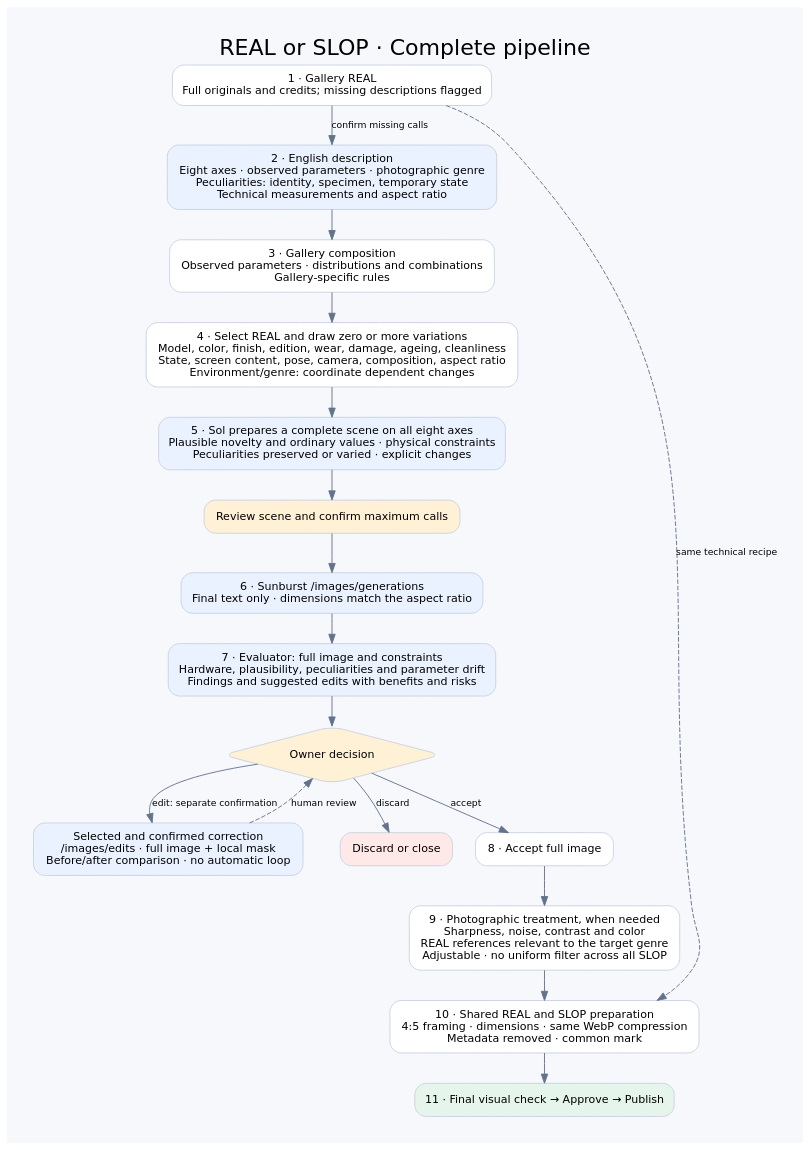
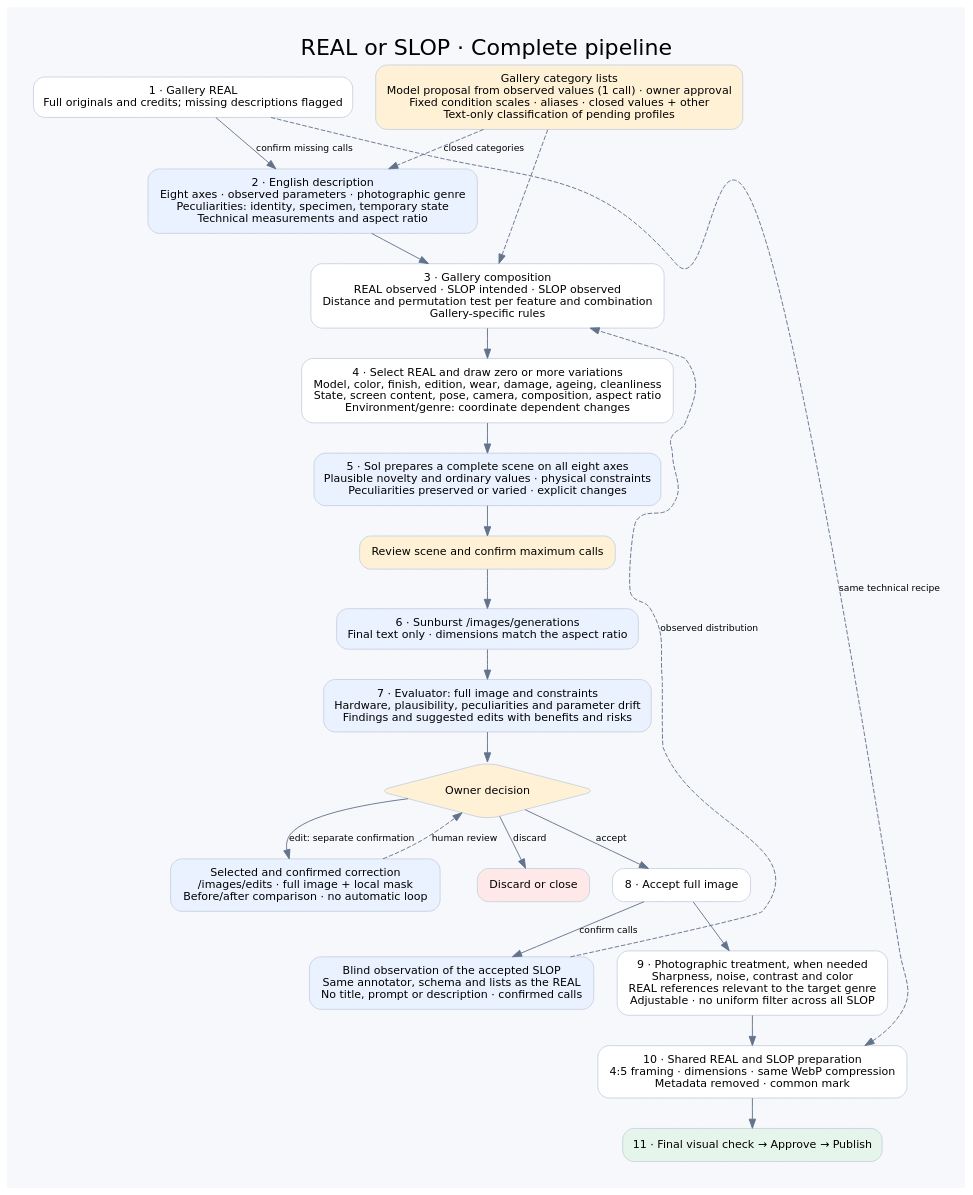
The diagram in docs/assets/pipeline-slop.dot (rickymusu-bit/real-or-slop), drawn with Graphviz before and after one commit. The commit also changed 21 other files, not shown here.

First line of the commit message:
Gallery category lists and observed REAL/SLOP comparison

```diff
--- a/docs/assets/pipeline-slop.dot
+++ b/docs/assets/pipeline-slop.dot
@@ -1,24 +1,28 @@
 digraph pipeline {
  graph [rankdir=TB,bgcolor="#f7f8fc",pad="0.4",nodesep="0.35",ranksep="0.45",fontname="DejaVu Sans",label="REAL or SLOP · Complete pipeline",labelloc=t,fontsize=24];
  node [shape=box,style="rounded,filled",fillcolor=white,color="#cad2e0",fontname="DejaVu Sans",fontsize=12,margin="0.18,0.12"];
  edge [color="#63738c",fontname="DejaVu Sans",fontsize=10];
  real [label="1 · Gallery REAL\nFull originals and credits; missing descriptions flagged"];
  describe [label="2 · English description\nEight axes · observed parameters · photographic genre\nPeculiarities: identity, specimen, temporary state\nTechnical measurements and aspect ratio",fillcolor="#eaf1ff"];
- composition [label="3 · Gallery composition\nObserved parameters · distributions and combinations\nGallery-specific rules"];
+ lists [label="Gallery category lists\nModel proposal from observed values (1 call) · owner approval\nFixed condition scales · aliases · closed values + other\nText-only classification of pending profiles",fillcolor="#fff1d6"];
+ composition [label="3 · Gallery composition\nREAL observed · SLOP intended · SLOP observed\nDistance and permutation test per feature and combination\nGallery-specific rules"];
+ observe [label="Blind observation of the accepted SLOP\nSame annotator, schema and lists as the REAL\nNo title, prompt or description · confirmed calls",fillcolor="#eaf1ff"];
  draw [label="4 · Select REAL and draw zero or more variations\nModel, color, finish, edition, wear, damage, ageing, cleanliness\nState, screen content, pose, camera, composition, aspect ratio\nEnvironment/genre: coordinate dependent changes"];
  scene [label="5 · Sol prepares a complete scene on all eight axes\nPlausible novelty and ordinary values · physical constraints\nPeculiarities preserved or varied · explicit changes",fillcolor="#eaf1ff"];
  confirm [label="Review scene and confirm maximum calls",fillcolor="#fff1d6"];
  generate [label="6 · Sunburst /images/generations\nFinal text only · dimensions match the aspect ratio",fillcolor="#eaf1ff"];
  evaluate [label="7 · Evaluator: full image and constraints\nHardware, plausibility, peculiarities and parameter drift\nFindings and suggested edits with benefits and risks",fillcolor="#eaf1ff"];
  decision [shape=diamond,label="Owner decision",fillcolor="#fff1d6"];
  edit [label="Selected and confirmed correction\n/images/edits · full image + local mask\nBefore/after comparison · no automatic loop",fillcolor="#eaf1ff"];
  discard [label="Discard or close",fillcolor="#ffe8e8"];
  accept [label="8 · Accept full image"];
  treatment [label="9 · Photographic treatment, when needed\nSharpness, noise, contrast and color\nREAL references relevant to the target genre\nAdjustable · no uniform filter across all SLOP"];
  copy [label="10 · Shared REAL and SLOP preparation\n4:5 framing · dimensions · same WebP compression\nMetadata removed · common mark"];
  publish [label="11 · Final visual check → Approve → Publish",fillcolor="#e5f5eb"];
- real -> describe [label="confirm missing calls"]; describe -> composition -> draw -> scene -> confirm -> generate -> evaluate -> decision;
+ real -> describe [label="confirm missing calls"]; describe -> composition;
+ lists -> describe [style=dashed,label="closed categories"]; lists -> composition [style=dashed]; composition -> draw -> scene -> confirm -> generate -> evaluate -> decision;
  decision -> edit [label="edit: separate confirmation"];edit -> decision [style=dashed,label="human review"];
  decision -> discard [label="discard"];decision -> accept [label="accept"];accept -> treatment -> copy -> publish;
+ accept -> observe [label="confirm calls"]; observe -> composition [style=dashed,label="observed distribution",constraint=false];
  real -> copy [style=dashed,label="same technical recipe",constraint=false];
 }
```
